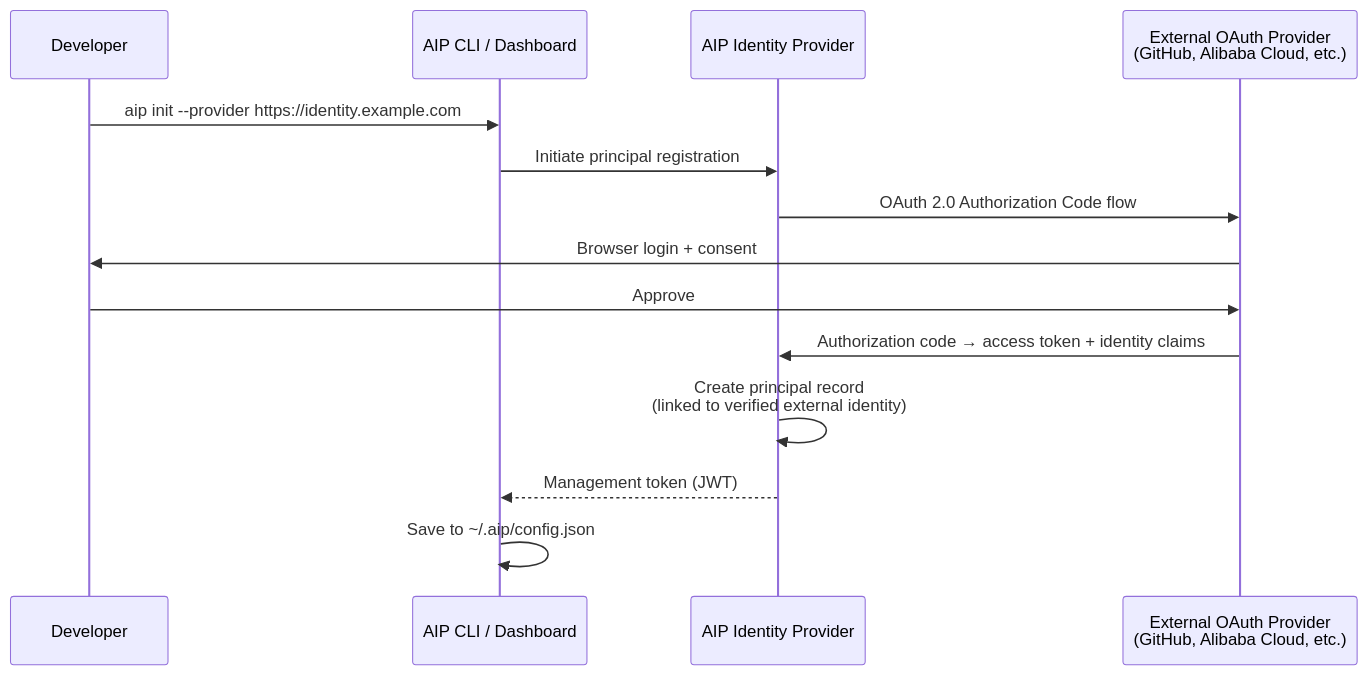
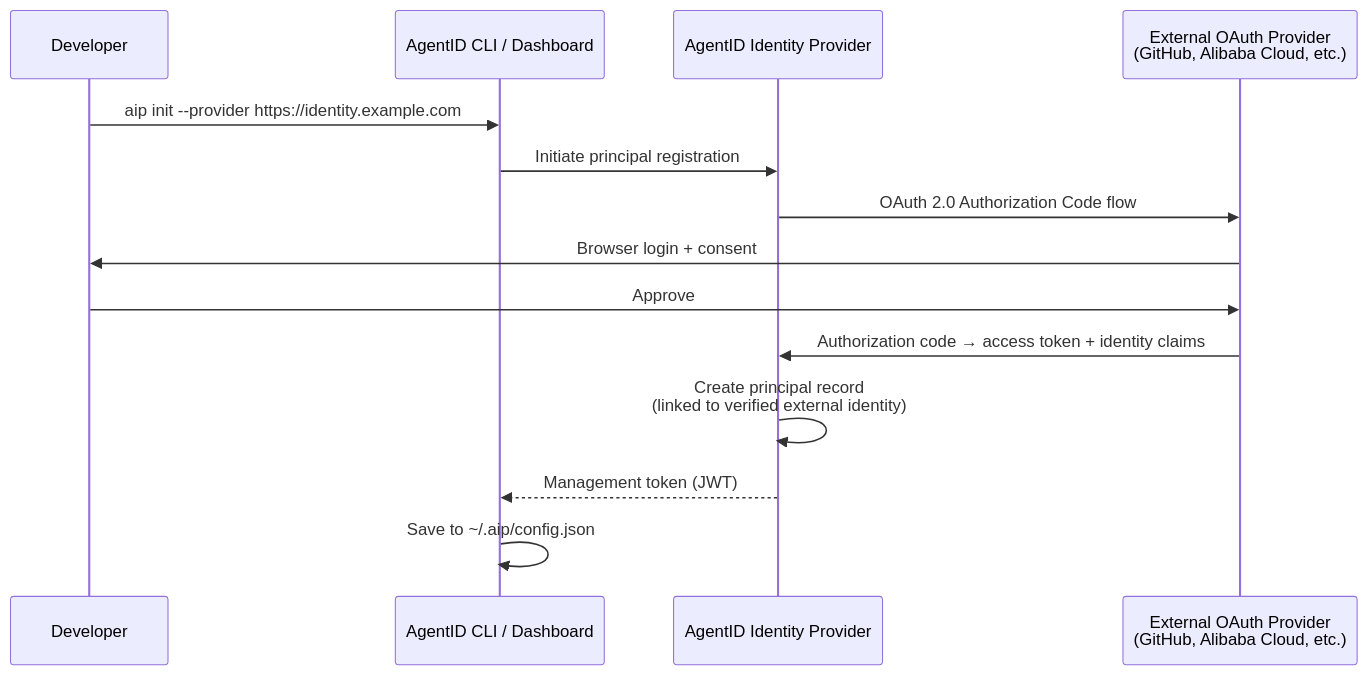
One commit to agentscope-ai/agent-identity changed the second of 14 diagrams in design/2026-03-25-agentid.en.md. Above: the diagram before and after it, drawn with Mermaid. The commit also changed other lines of this file and 10 other files, not shown here.

````diff
--- a/design/2026-03-25-agentid.en.md
+++ b/design/2026-03-25-agentid.en.md
@@ -92,17 +92,17 @@
 ```mermaid
 sequenceDiagram
     participant Dev as Developer
-    participant CLI as AIP CLI / Dashboard
-    participant IdP as AIP Identity Provider
+    participant CLI as AgentID CLI / Dashboard
+    participant IdP as AgentID Identity Provider
     participant OAuth as External OAuth Provider<br/>(GitHub, Alibaba Cloud, etc.)
 
     Dev->>CLI: aip init --provider https://identity.example.com
     CLI->>IdP: Initiate principal registration
     IdP->>OAuth: OAuth 2.0 Authorization Code flow
     OAuth->>Dev: Browser login + consent
     Dev->>OAuth: Approve
     OAuth->>IdP: Authorization code → access token + identity claims
     IdP->>IdP: Create principal record<br/>(linked to verified external identity)
     IdP-->>CLI: Management token (JWT)
     CLI->>CLI: Save to ~/.aip/config.json
 ```
````
